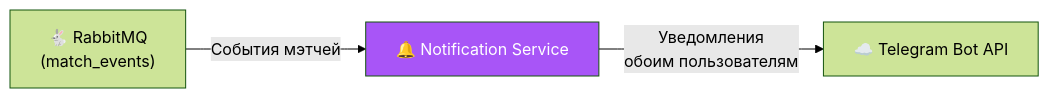
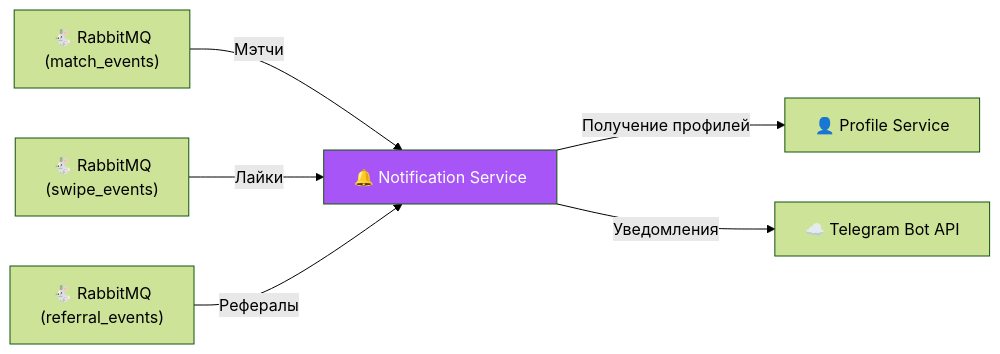
The seventh of 8 diagrams in docs/services.md (UsachovaUlyana/ulsu), drawn with Mermaid (forest theme) before and after one commit. The commit also changed other lines of this file and 184 other files, not shown here.

````diff
--- a/docs/services.md
+++ b/docs/services.md
@@ -273,11 +343,17 @@
 ```mermaid
 graph LR
-    RMQ["🐇 RabbitMQ<br/>(match_events)"]
+    RMQ1["🐇 RabbitMQ<br/>(match_events)"]
+    RMQ2["🐇 RabbitMQ<br/>(swipe_events)"]
+    RMQ3["🐇 RabbitMQ<br/>(referral_events)"]
     NOTIFY["🔔 Notification Service"]
+    PROF["👤 Profile Service"]
     TG["☁️ Telegram Bot API"]
 
-    RMQ -->|"События мэтчей"| NOTIFY
-    NOTIFY -->|"Уведомления<br/>обоим пользователям"| TG
+    RMQ1 -->|"Мэтчи"| NOTIFY
+    RMQ2 -->|"Лайки"| NOTIFY
+    RMQ3 -->|"Рефералы"| NOTIFY
+    NOTIFY -->|"Получение профилей"| PROF
+    NOTIFY -->|"Уведомления"| TG
 
     style NOTIFY fill:#a855f7,color:#fff
 ```
````
